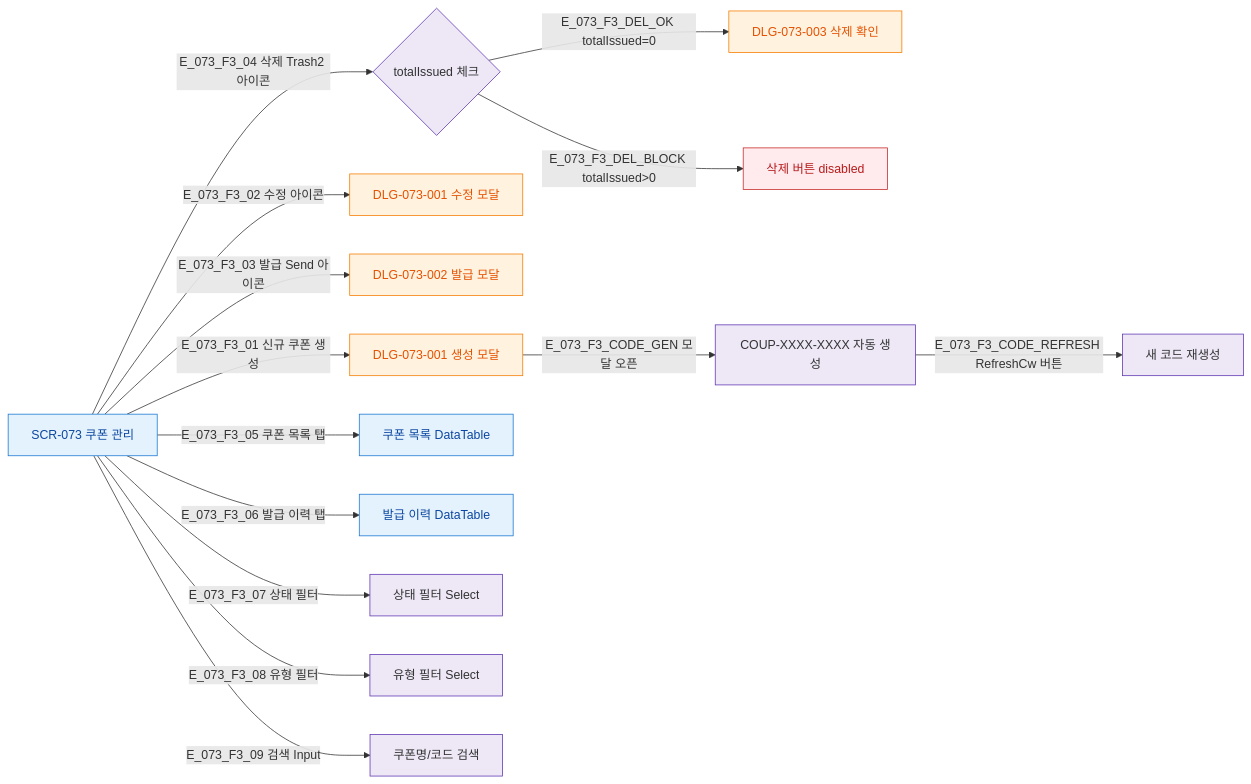
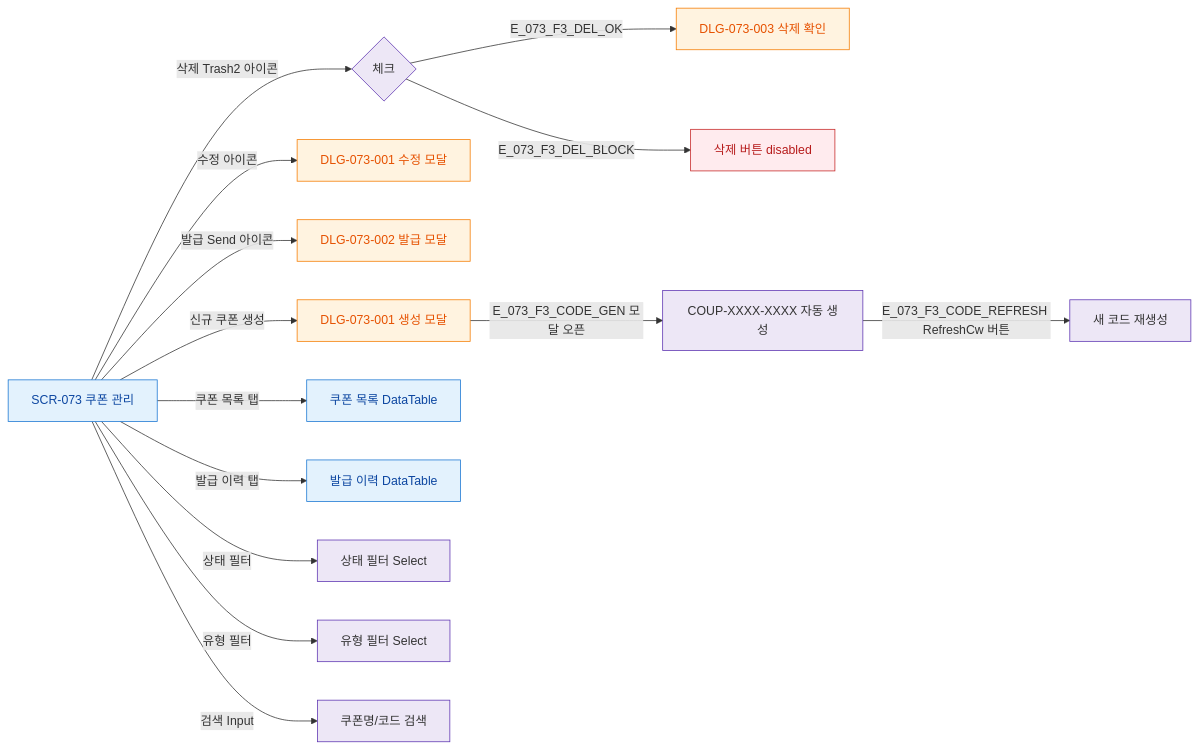
The diagram in docs/다이어그램/D08_마케팅/SCR-073_쿠폰관리/F3_버튼액션.md (dev-spogym/admin-pando), drawn with Mermaid before and after one commit. The commit also changed other lines of this file and 1660 other files, not shown here.

First line of the commit message:
다이어그램: 기획자/클라이언트 납품본으로 정리

````diff
--- a/docs/다이어그램/D08_마케팅/SCR-073_쿠폰관리/F3_버튼액션.md
+++ b/docs/다이어그램/D08_마케팅/SCR-073_쿠폰관리/F3_버튼액션.md
@@ -14,31 +12,31 @@
 ```mermaid
 flowchart LR
   SCR_073[SCR-073 쿠폰 관리]
 
-  SCR_073 -->|E_073_F3_01 신규 쿠폰 생성| BTN_CREATE[DLG-073-001 생성 모달]
-  SCR_073 -->|E_073_F3_02 수정 아이콘| BTN_EDIT[DLG-073-001 수정 모달]
-  SCR_073 -->|E_073_F3_03 발급 Send 아이콘| BTN_ISSUE[DLG-073-002 발급 모달]
-  SCR_073 -->|E_073_F3_04 삭제 Trash2 아이콘| BTN_DEL{totalIssued 체크}
-  SCR_073 -->|E_073_F3_05 쿠폰 목록 탭| TAB_LIST[쿠폰 목록 DataTable]
-  SCR_073 -->|E_073_F3_06 발급 이력 탭| TAB_HIST[발급 이력 DataTable]
-  SCR_073 -->|E_073_F3_07 상태 필터| FILTER_STATUS[상태 필터 Select]
-  SCR_073 -->|E_073_F3_08 유형 필터| FILTER_TYPE[유형 필터 Select]
-  SCR_073 -->|E_073_F3_09 검색 Input| SEARCH[쿠폰명/코드 검색]
+  SCR_073 -->|신규 쿠폰 생성|BTN_CREATE[DLG-073-001 생성 모달]
+  SCR_073 -->|수정 아이콘|BTN_EDIT[DLG-073-001 수정 모달]
+  SCR_073 -->|발급 Send 아이콘|BTN_ISSUE[DLG-073-002 발급 모달]
+  SCR_073 -->|삭제 Trash2 아이콘|BTN_DEL{체크}
+  SCR_073 -->|쿠폰 목록 탭|TAB_LIST[쿠폰 목록 DataTable]
+  SCR_073 -->|발급 이력 탭|TAB_HIST[발급 이력 DataTable]
+  SCR_073 -->|상태 필터|FILTER_STATUS[상태 필터 Select]
+  SCR_073 -->|유형 필터|FILTER_TYPE[유형 필터 Select]
+  SCR_073 -->|검색 Input|SEARCH[쿠폰명/코드 검색]
 
-  BTN_DEL -->|E_073_F3_DEL_OK totalIssued=0| DLG_003[DLG-073-003 삭제 확인]
-  BTN_DEL -->|E_073_F3_DEL_BLOCK totalIssued>0| DISABLED[삭제 버튼 disabled]
+  BTN_DEL -->|E_073_F3_DEL_OK|DLG_003[DLG-073-003 삭제 확인]
+  BTN_DEL -->|E_073_F3_DEL_BLOCK|DISABLED[삭제 버튼 disabled]
 
   %% 코드 자동 생성
-  BTN_CREATE -->|E_073_F3_CODE_GEN 모달 오픈| CODE_AUTO[COUP-XXXX-XXXX 자동 생성]
-  CODE_AUTO -->|E_073_F3_CODE_REFRESH RefreshCw 버튼| CODE_NEW[새 코드 재생성]
+  BTN_CREATE -->|E_073_F3_CODE_GEN 모달 오픈|CODE_AUTO[COUP-XXXX-XXXX 자동 생성]
+  CODE_AUTO -->|E_073_F3_CODE_REFRESH RefreshCw 버튼|CODE_NEW[새 코드 재생성]
 
-  classDef screen      fill:#E3F2FD,stroke:#1976D2,color:#0D47A1
-  classDef modal       fill:#FFF3E0,stroke:#F57C00,color:#E65100
-  classDef system      fill:#EDE7F6,stroke:#5E35B2
-  classDef error       fill:#FFEBEE,stroke:#C62828,color:#B71C1C
+  classDef screen fill:#E3F2FD,stroke:#1976D2,color:#0D47A1
+  classDef modal fill:#FFF3E0,stroke:#F57C00,color:#E65100
+  classDef system fill:#EDE7F6,stroke:#5E35B2
+  classDef error fill:#FFEBEE,stroke:#C62828,color:#B71C1C
 
   class SCR_073,TAB_LIST,TAB_HIST screen
   class BTN_CREATE,BTN_EDIT,BTN_ISSUE,DLG_003 modal
   class FILTER_STATUS,FILTER_TYPE,SEARCH,CODE_AUTO,CODE_NEW,BTN_DEL system
   class DISABLED error
 ```
````
